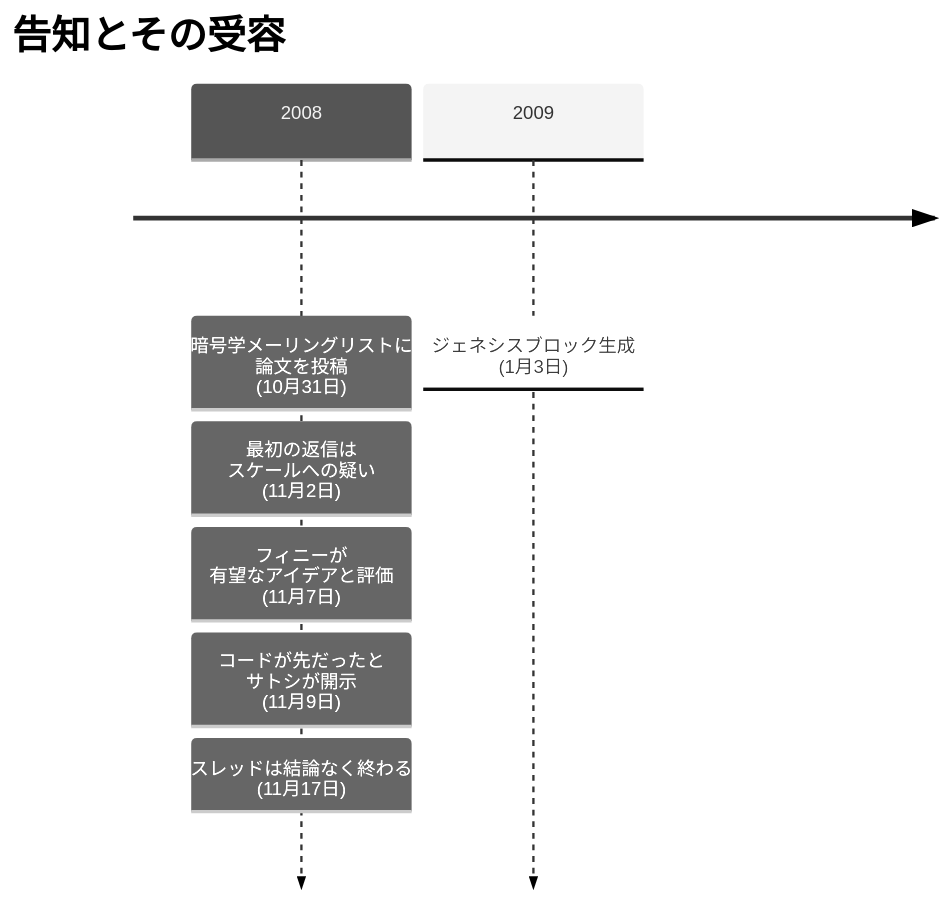
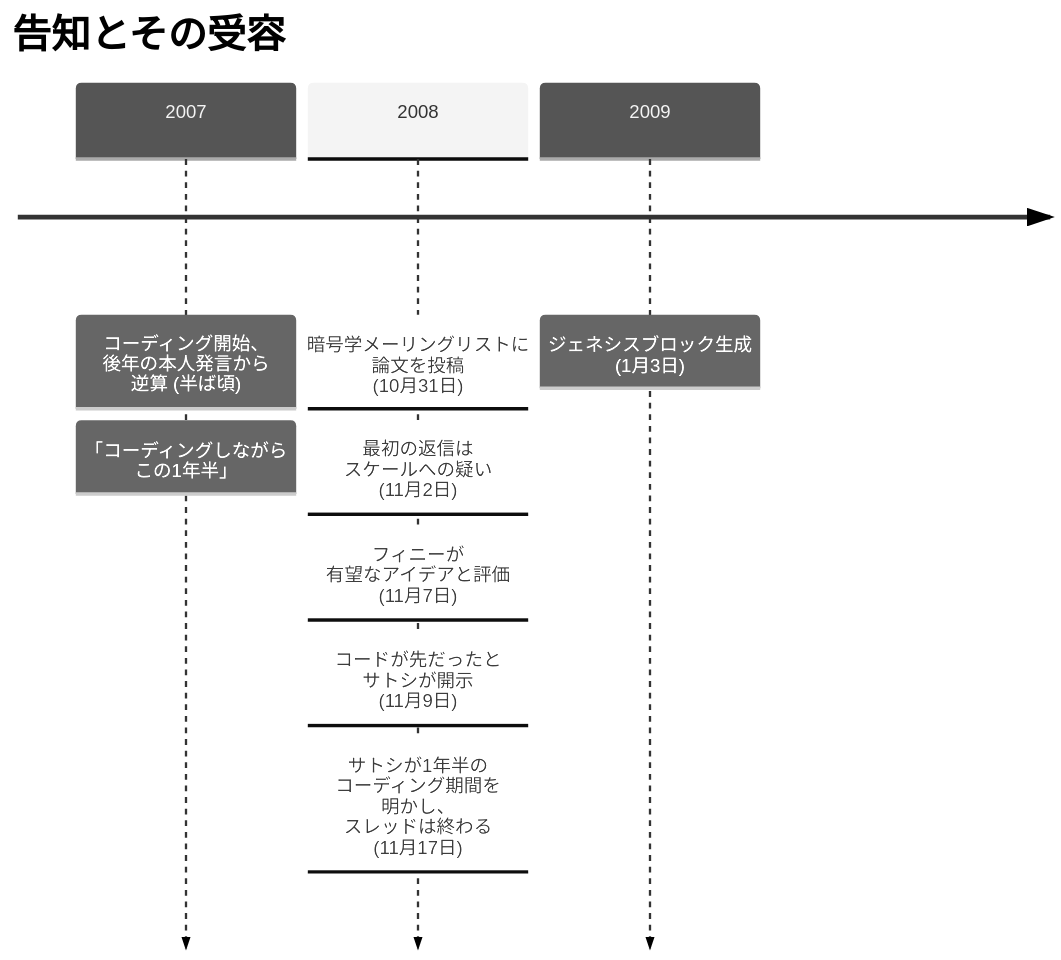
The diagram in src/data/translations/ja/aftermath/2008-10-31-bitcoin-whitepaper-publication.md (cypher256/BitcoinArchive), drawn with Mermaid (neutral theme) before and after one commit. The commit also changed other lines of this file and 11 other files, not shown here.

````diff
--- a/src/data/translations/ja/aftermath/2008-10-31-bitcoin-whitepaper-publication.md
+++ b/src/data/translations/ja/aftermath/2008-10-31-bitcoin-whitepaper-publication.md
@@ -88,14 +92,17 @@
 ```mermaid
 timeline
     title 告知とその受容
+    2007 : コーディング開始、 後年の本人発言から 逆算 (半ば頃)
+         : 「コーディングしながら この1年半」
+    %% link: /BitcoinArchive/ja/entries/emails/cryptography/bitcoin-p2p-e-cash-paper/2008-11-17-bitcoin-p2p-e-cash-paper/
     2008 : 暗号学メーリングリストに 論文を投稿 (10月31日)
     %% link: /BitcoinArchive/ja/entries/emails/cryptography/bitcoin-p2p-e-cash-paper/2008-10-31-bitcoin-p2p-e-cash-paper/
          : 最初の返信は スケールへの疑い (11月2日)
     %% link: /BitcoinArchive/ja/entries/emails/cryptography/bitcoin-p2p-e-cash-paper/2008-11-01-re-bitcoin-p2p-e-cash-paper-donald/
          : フィニーが 有望なアイデアと評価 (11月7日)
     %% link: /BitcoinArchive/ja/entries/emails/cryptography/bitcoin-p2p-e-cash-paper/2008-11-07-re-bitcoin-p2p-e-cash-paper-finney/
          : コードが先だったと サトシが開示 (11月9日)
-         : スレッドは結論なく終わる (11月17日)
+         : サトシが1年半の コーディング期間を 明かし、 スレッドは終わる (11月17日)
     2009 : ジェネシスブロック生成 (1月3日)
     %% link: /BitcoinArchive/ja/entries/aftermath/2009-01-03-genesis-block/
 ```
````
